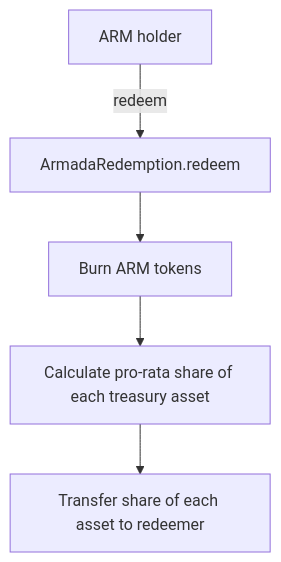
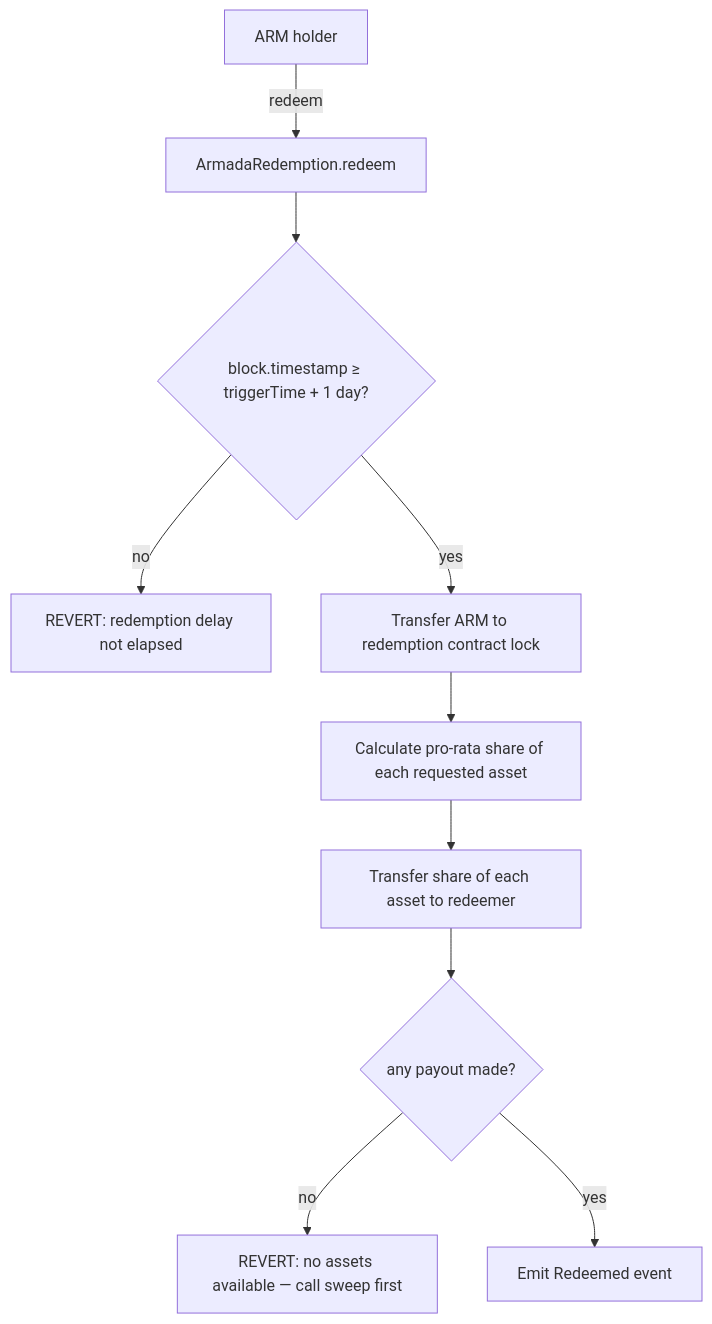
The fourth of 4 diagrams in docs/winddown-state-machine.md (ship-armada/armada-poc), drawn with Mermaid before and after one commit. The commit also changed other lines of this file and 7 other files, not shown here.

First line of the commit message:
fix(governance): add redemption delay + anyPayout guard (#254)

````diff
--- a/docs/winddown-state-machine.md
+++ b/docs/winddown-state-machine.md
@@ -71,7 +71,12 @@
 ```mermaid
 flowchart TD
     A[ARM holder] -->|redeem| B[ArmadaRedemption.redeem]
-    B --> C[Burn ARM tokens]
-    C --> D[Calculate pro-rata share of each treasury asset]
+    B --> DG{block.timestamp ≥ triggerTime + 1 day?}
+    DG -->|no| XD[REVERT: redemption delay not elapsed]
+    DG -->|yes| C[Transfer ARM to redemption contract lock]
+    C --> D[Calculate pro-rata share of each requested asset]
     D --> E[Transfer share of each asset to redeemer]
+    E --> AP{any payout made?}
+    AP -->|no| XA[REVERT: no assets available — call sweep first]
+    AP -->|yes| F[Emit Redeemed event]
 ```
````
